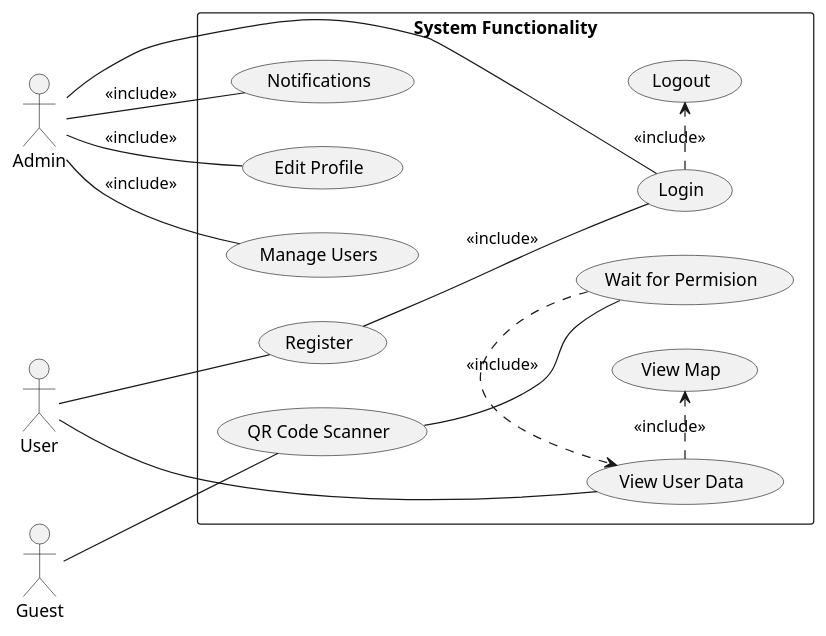
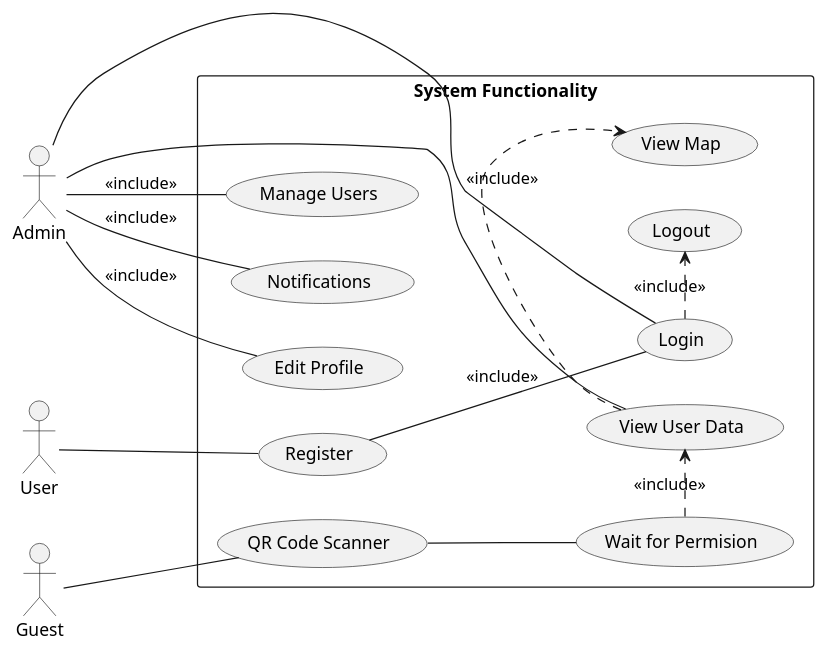
One commit to CChayut/Di-grm changed the diagram in usecaseall.puml. Above: the diagram before and after it, drawn with PlantUML. The commit also changed 10 other files, not shown here.

```diff
--- a/usecaseall.puml
+++ b/usecaseall.puml
@@ -1,44 +1,44 @@
 @startuml
 
 left to right direction
 
 actor "Admin" as Admin 
 actor "Guest" as Guest
 actor "User" as User
 
 ' Combine Admin and User functionalities into a common group
 rectangle "System Functionality" {
 
   ' Admin Functionality
   usecase "Login" as Login
   usecase "Logout" as Logout
   usecase "Manage Users" as ManageUsers
   usecase "Notifications" as Notifications
   usecase "Edit Profile" as EditProfile
   usecase "Register" as Register
 
   ' Guest Functionality
   usecase "QR Code Scanner" as QRcode
   usecase "View Map" as ViewMap
   usecase "View User Data" as ViewUserData
   usecase "Wait for Permision" as Permision
 }
 
 ' Simplified relationships for Guest
 Guest -- QRcode
 QRcode -- Permision
 Permision .> ViewUserData : <<include>>
 ViewUserData .> ViewMap : <<include>>
 
 ' Simplified relationships for Admin and User
 Admin -up- Login
 Admin -- EditProfile : <<include>>
 Admin -- Notifications : <<include>>
 Admin -- ManageUsers : <<include>> 
+Admin -- ViewUserData
 User -down- Register
-User -- ViewUserData
 Register -- Login : <<include>> 
 Login .> Logout : <<include>>
 
 
 @enduml
```
